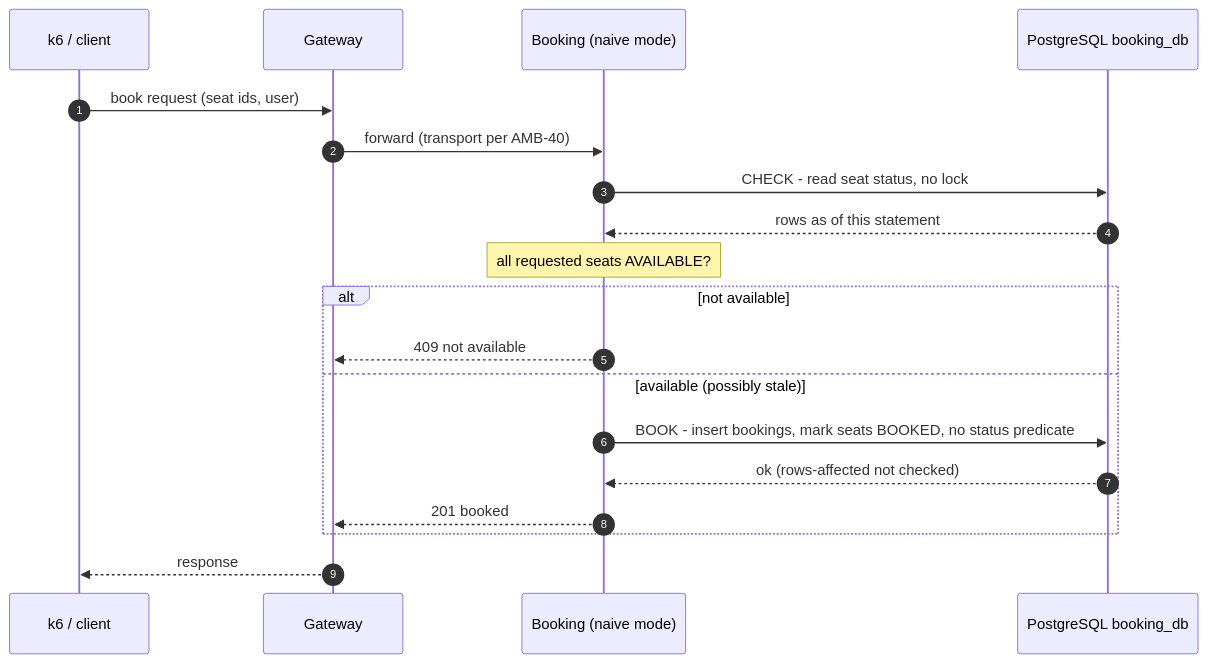
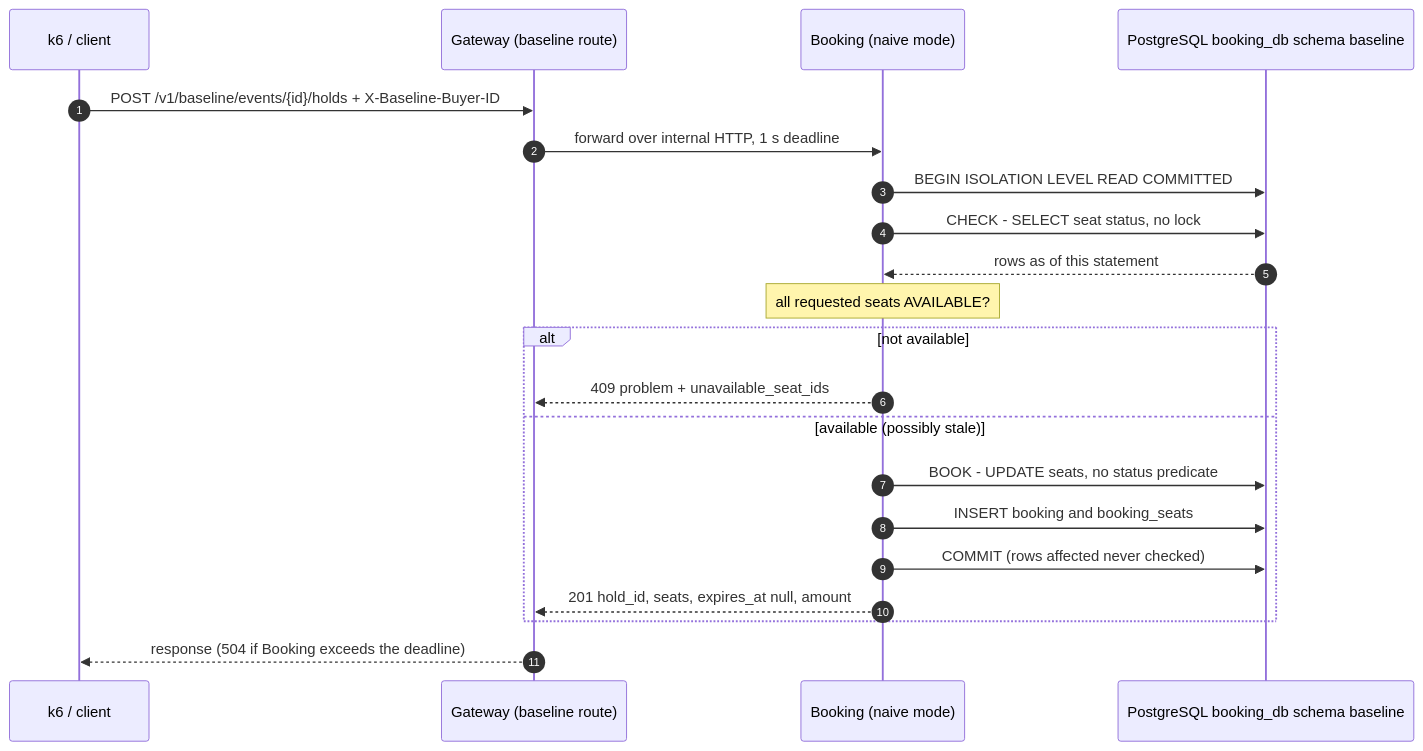
Before and after one commit to Varsh1l01/SurgeTix: the first of 2 diagrams in docs/10-planning/phase-2-naive-baseline.md, drawn with Mermaid. The commit also changed other lines of this file and 14 other files, not shown here.

````diff
--- a/docs/10-planning/phase-2-naive-baseline.md
+++ b/docs/10-planning/phase-2-naive-baseline.md
@@ -39,21 +42,23 @@
 ```mermaid
 sequenceDiagram
     autonumber
     participant K as k6 / client
-    participant G as Gateway
+    participant G as Gateway (baseline route)
     participant B as Booking (naive mode)
-    participant P as PostgreSQL booking_db
-    K->>G: book request (seat ids, user)
-    G->>B: forward (transport per AMB-40)
-    B->>P: CHECK - read seat status, no lock
+    participant P as PostgreSQL booking_db schema baseline
+    K->>G: POST /v1/baseline/events/{id}/holds + X-Baseline-Buyer-ID
+    G->>B: forward over internal HTTP, 1 s deadline
+    B->>P: BEGIN ISOLATION LEVEL READ COMMITTED
+    B->>P: CHECK - SELECT seat status, no lock
     P-->>B: rows as of this statement
     Note over B: all requested seats AVAILABLE?
     alt not available
-        B-->>G: 409 not available
+        B-->>G: 409 problem + unavailable_seat_ids
     else available (possibly stale)
-        B->>P: BOOK - insert bookings, mark seats BOOKED, no status predicate
-        P-->>B: ok (rows-affected not checked)
-        B-->>G: 201 booked
+        B->>P: BOOK - UPDATE seats, no status predicate
+        B->>P: INSERT booking and booking_seats
+        B->>P: COMMIT (rows affected never checked)
+        B-->>G: 201 hold_id, seats, expires_at null, amount
     end
-    G-->>K: response
+    G-->>K: response (504 if Booking exceeds the deadline)
 ```
````
